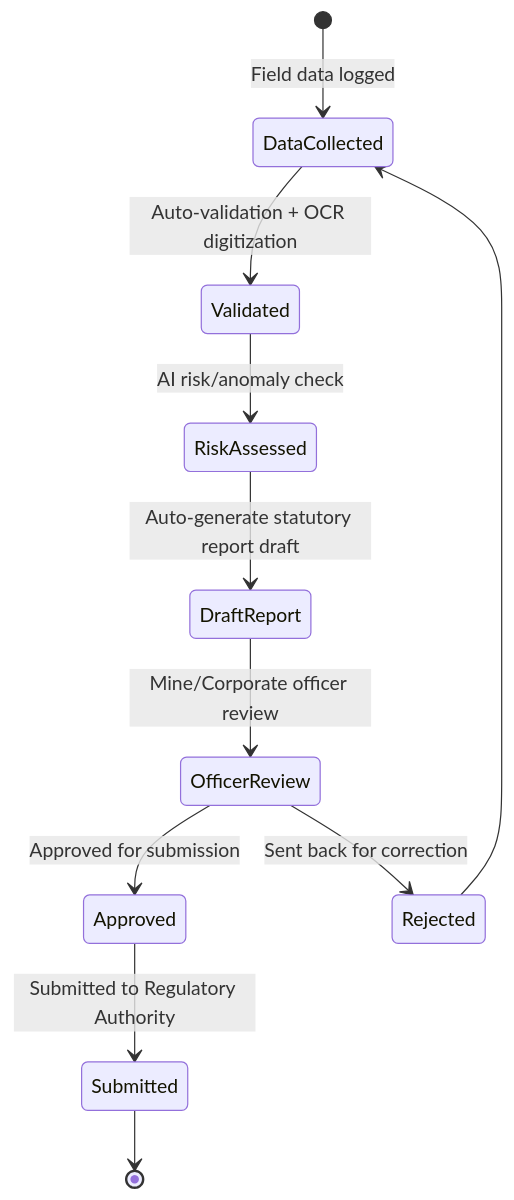
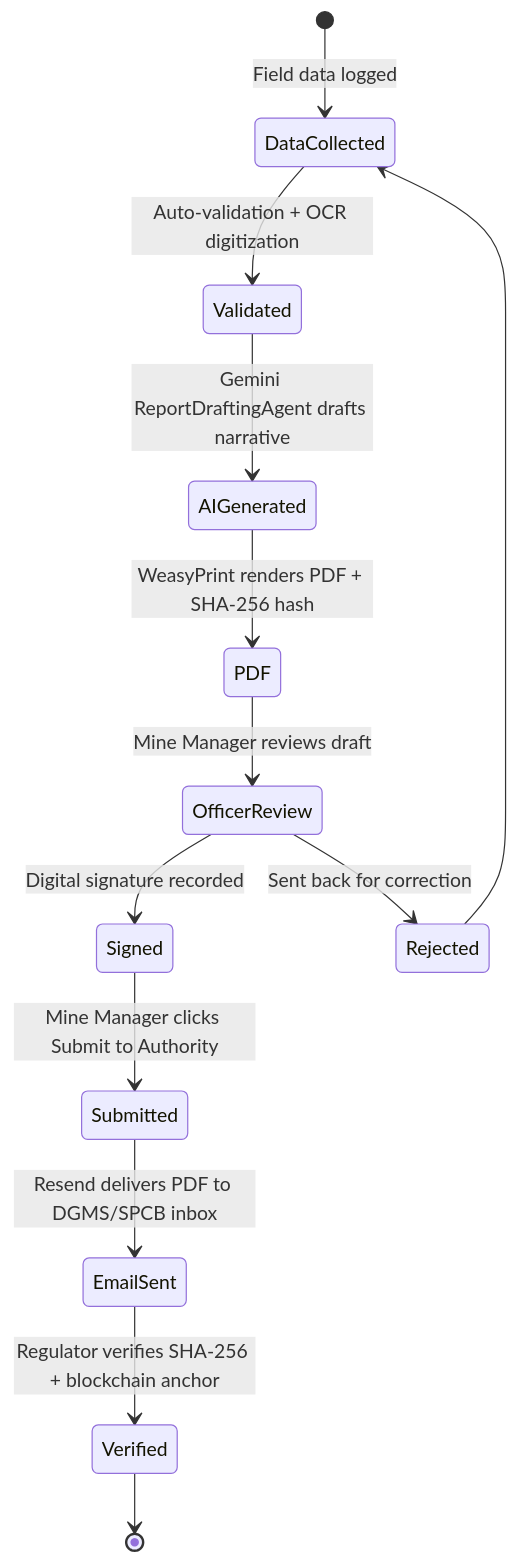
One commit to Coalmast/SIH2k26-1 changed the sixth of 8 diagrams in docs/Product Brief.md. Above: the diagram before and after it, drawn with Mermaid. The commit also changed other lines of this file and 25 other files, not shown here.

````diff
--- a/docs/Product Brief.md
+++ b/docs/Product Brief.md
@@ -187,13 +236,15 @@
 ```mermaid
 stateDiagram-v2
     [*] --> DataCollected: Field data logged
     DataCollected --> Validated: Auto-validation + OCR digitization
-    Validated --> RiskAssessed: AI risk/anomaly check
-    RiskAssessed --> DraftReport: Auto-generate statutory report draft
-    DraftReport --> OfficerReview: Mine/Corporate officer review
-    OfficerReview --> Approved: Approved for submission
+    Validated --> AIGenerated: Gemini ReportDraftingAgent drafts narrative
+    AIGenerated --> PDF: WeasyPrint renders PDF + SHA-256 hash
+    PDF --> OfficerReview: Mine Manager reviews draft
+    OfficerReview --> Signed: Digital signature recorded
     OfficerReview --> Rejected: Sent back for correction
     Rejected --> DataCollected
-    Approved --> Submitted: Submitted to Regulatory Authority
-    Submitted --> [*]
+    Signed --> Submitted: Mine Manager clicks Submit to Authority
+    Submitted --> EmailSent: Resend delivers PDF to DGMS/SPCB inbox
+    EmailSent --> Verified: Regulator verifies SHA-256 + blockchain anchor
+    Verified --> [*]
 ```
````
